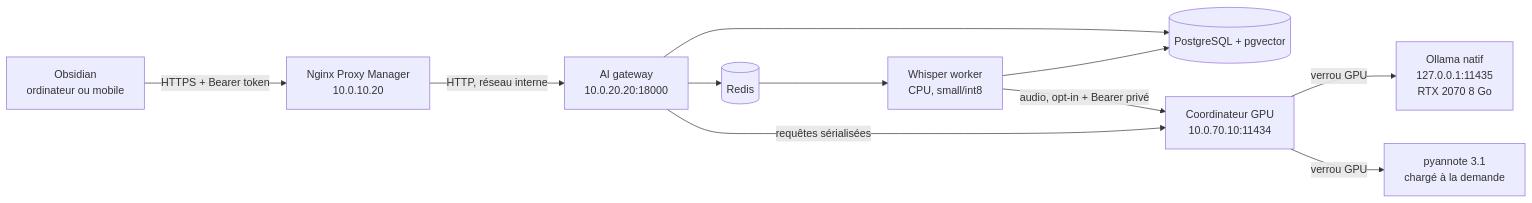
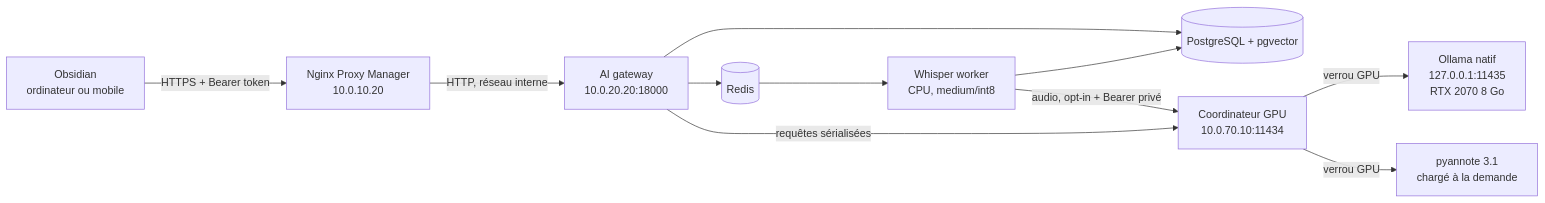
One commit to antoroute/obsidian-local-ai-platform changed the diagram in docs/homelab-deployment.md. Above: the diagram before and after it, drawn with Mermaid. The commit also changed other lines of this file and 4 other files, not shown here.

Commit message:
Improve homelab transcription quality with Whisper medium (#1)

````diff
--- a/docs/homelab-deployment.md
+++ b/docs/homelab-deployment.md
@@ -9,13 +9,13 @@
 ```mermaid
 flowchart LR
     O[Obsidian<br/>ordinateur ou mobile] -->|HTTPS + Bearer token| N[Nginx Proxy Manager<br/>10.0.10.20]
     N -->|HTTP, réseau interne| G[AI gateway<br/>10.0.20.20:18000]
     G --> P[(PostgreSQL + pgvector)]
     G --> R[(Redis)]
     G -->|requêtes sérialisées| C[Coordinateur GPU<br/>10.0.70.10:11434]
     C -->|verrou GPU| L[Ollama natif<br/>127.0.0.1:11435<br/>RTX 2070 8 Go]
-    R --> W[Whisper worker<br/>CPU, small/int8]
+    R --> W[Whisper worker<br/>CPU, medium/int8]
     W --> P
     W -->|audio, opt-in + Bearer privé| C
     C -->|verrou GPU| D[pyannote 3.1<br/>chargé à la demande]
 ```
````
